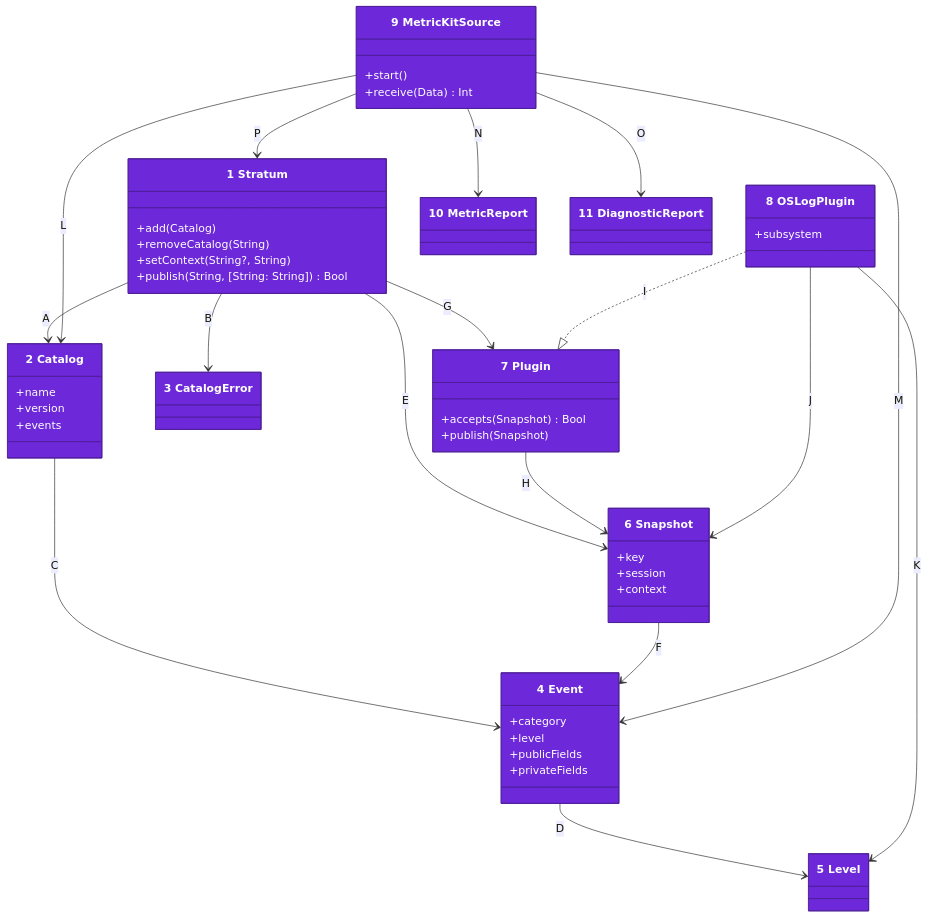
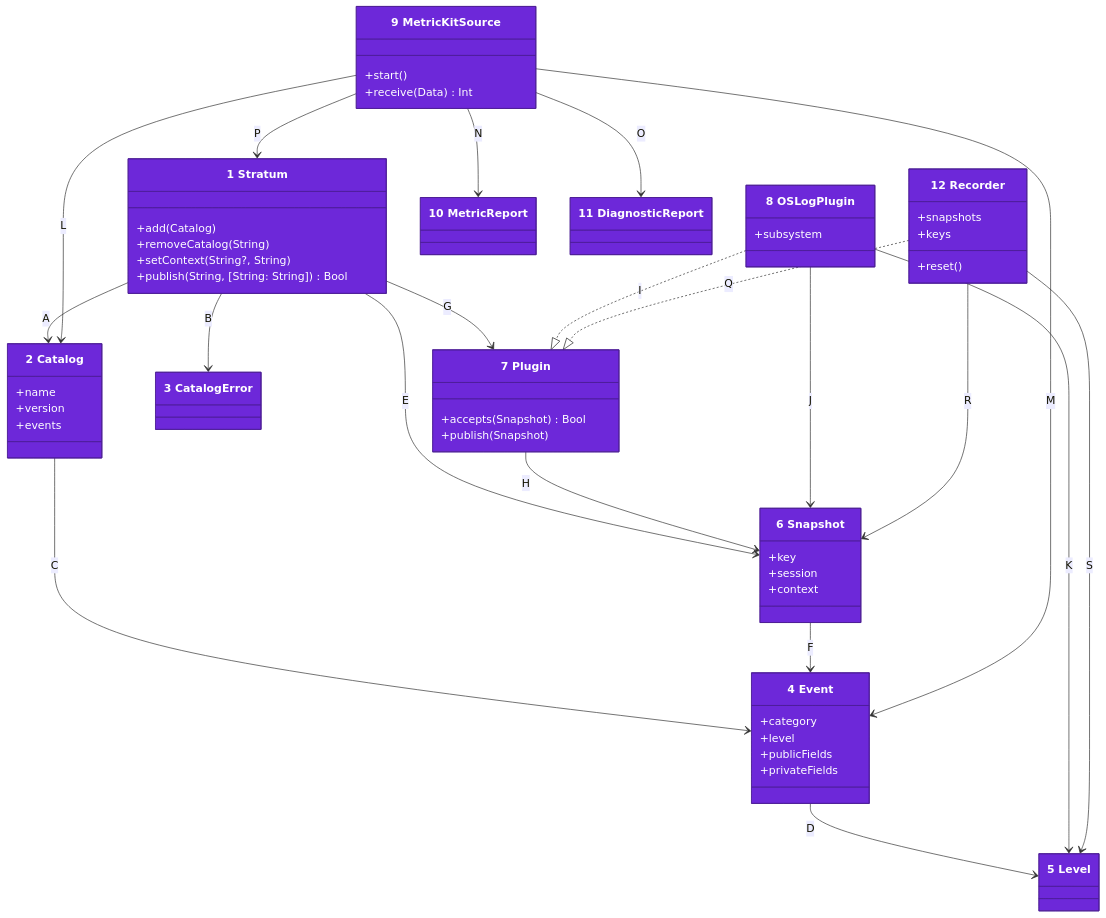
Before and after one commit to may-journal/Stratum-Observability-Swift: the first of 2 diagrams in docs/architecture/04-code.md, drawn with Mermaid. The commit also changed other lines of this file and 10 other files, not shown here.

First line of the commit message:
feat(testing): ship a recorder plugin for app tests (#12)

````diff
--- a/docs/architecture/04-code.md
+++ b/docs/architecture/04-code.md
@@ -5,69 +5,78 @@
 ```mermaid
 classDiagram
     class Stratum["1 Stratum"] {
         +add(Catalog)
         +removeCatalog(String)
         +setContext(String?, String)
         +publish(String, [String: String]) Bool
     }
     class Catalog["2 Catalog"] {
         +name
         +version
         +events
     }
     class CatalogError["3 CatalogError"]
     class Event["4 Event"] {
         +category
         +level
         +publicFields
         +privateFields
     }
     class Level["5 Level"]
     class Snapshot["6 Snapshot"] {
         +key
         +session
         +context
     }
     class Plugin["7 Plugin"] {
         +accepts(Snapshot) Bool
         +publish(Snapshot)
     }
     class OSLogPlugin["8 OSLogPlugin"] {
         +subsystem
     }
     class MetricKitSource["9 MetricKitSource"] {
         +start()
         +receive(Data) Int
     }
     class MetricReport["10 MetricReport"]
     class DiagnosticReport["11 DiagnosticReport"]
+    class Recorder["12 Recorder"] {
+        +snapshots
+        +keys
+        +reset()
+    }
 
     Stratum --> Catalog : A
     Stratum --> CatalogError : B
     Catalog --> Event : C
     Event --> Level : D
     Stratum --> Snapshot : E
     Snapshot --> Event : F
     Stratum --> Plugin : G
     Plugin --> Snapshot : H
     OSLogPlugin ..|> Plugin : I
     OSLogPlugin --> Snapshot : J
     OSLogPlugin --> Level : K
     MetricKitSource --> Catalog : L
     MetricKitSource --> Event : M
     MetricKitSource --> MetricReport : N
     MetricKitSource --> DiagnosticReport : O
     MetricKitSource --> Stratum : P
+    Recorder ..|> Plugin : Q
+    Recorder --> Snapshot : R
+    Recorder --> Level : S
 
     style Stratum fill:#6d28d9,stroke:#4c1d95,color:#ffffff
     style Catalog fill:#6d28d9,stroke:#4c1d95,color:#ffffff
     style CatalogError fill:#6d28d9,stroke:#4c1d95,color:#ffffff
     style Event fill:#6d28d9,stroke:#4c1d95,color:#ffffff
     style Level fill:#6d28d9,stroke:#4c1d95,color:#ffffff
     style Snapshot fill:#6d28d9,stroke:#4c1d95,color:#ffffff
     style Plugin fill:#6d28d9,stroke:#4c1d95,color:#ffffff
     style OSLogPlugin fill:#6d28d9,stroke:#4c1d95,color:#ffffff
     style MetricKitSource fill:#6d28d9,stroke:#4c1d95,color:#ffffff
     style MetricReport fill:#6d28d9,stroke:#4c1d95,color:#ffffff
     style DiagnosticReport fill:#6d28d9,stroke:#4c1d95,color:#ffffff
+    style Recorder fill:#6d28d9,stroke:#4c1d95,color:#ffffff
 ```
````
